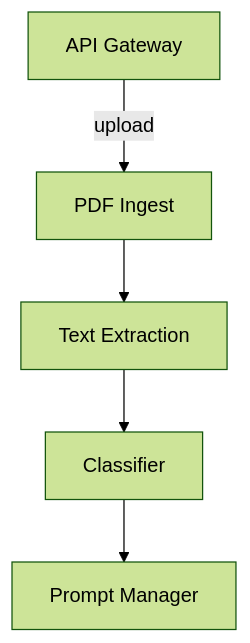
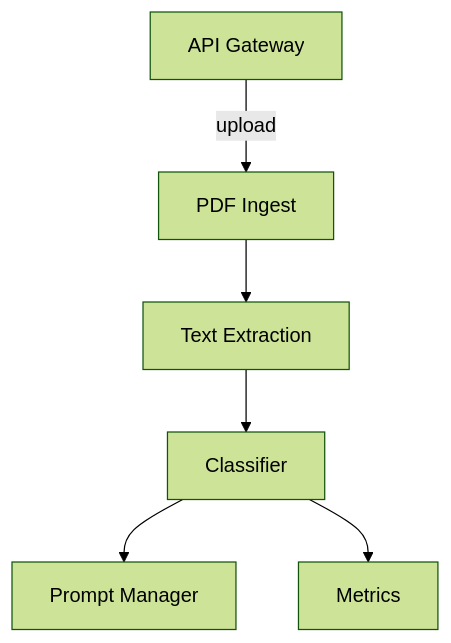
One commit to KarimAlMaghribi/Regress changed the diagram in README.md. Above: the diagram before and after it, drawn with Mermaid (forest theme). The commit also changed other lines of this file and 17 other files, not shown here.

````diff
--- a/README.md
+++ b/README.md
@@ -5,7 +5,8 @@
 ```mermaid
 graph TD;
     A[API Gateway] -->|upload| B[PDF Ingest];
     B --> C[Text Extraction];
     C --> D[Classifier];
     D --> E[Prompt Manager];
+    D --> F[Metrics];
 ```
````
